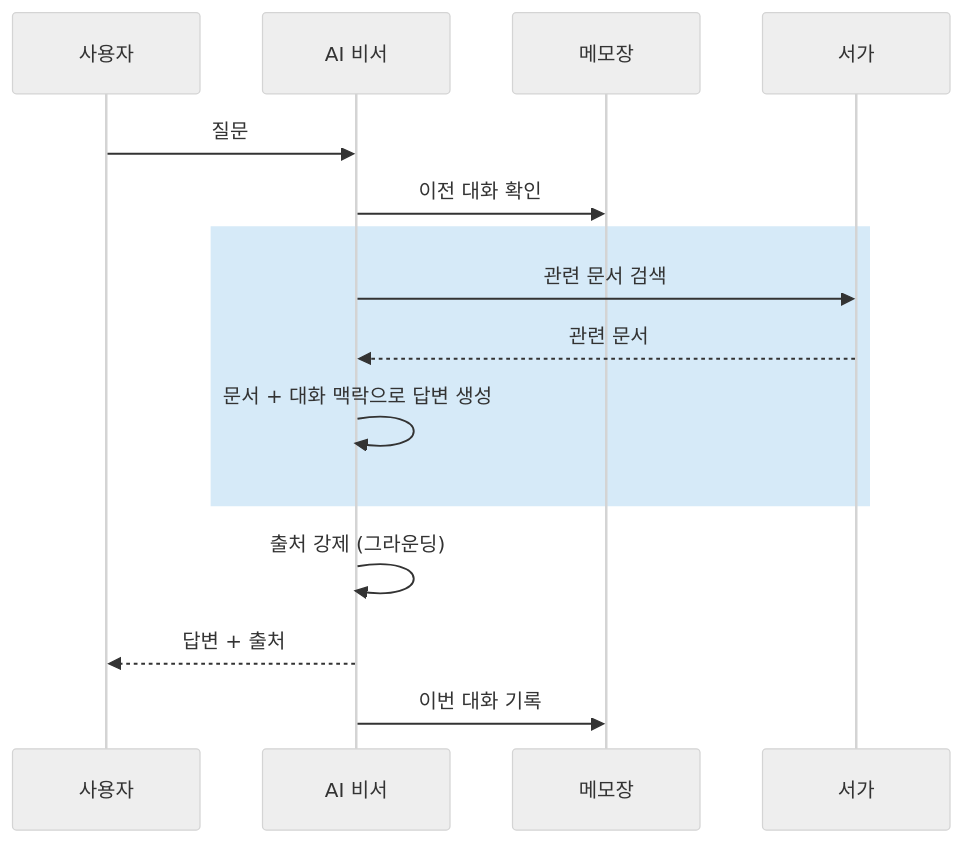
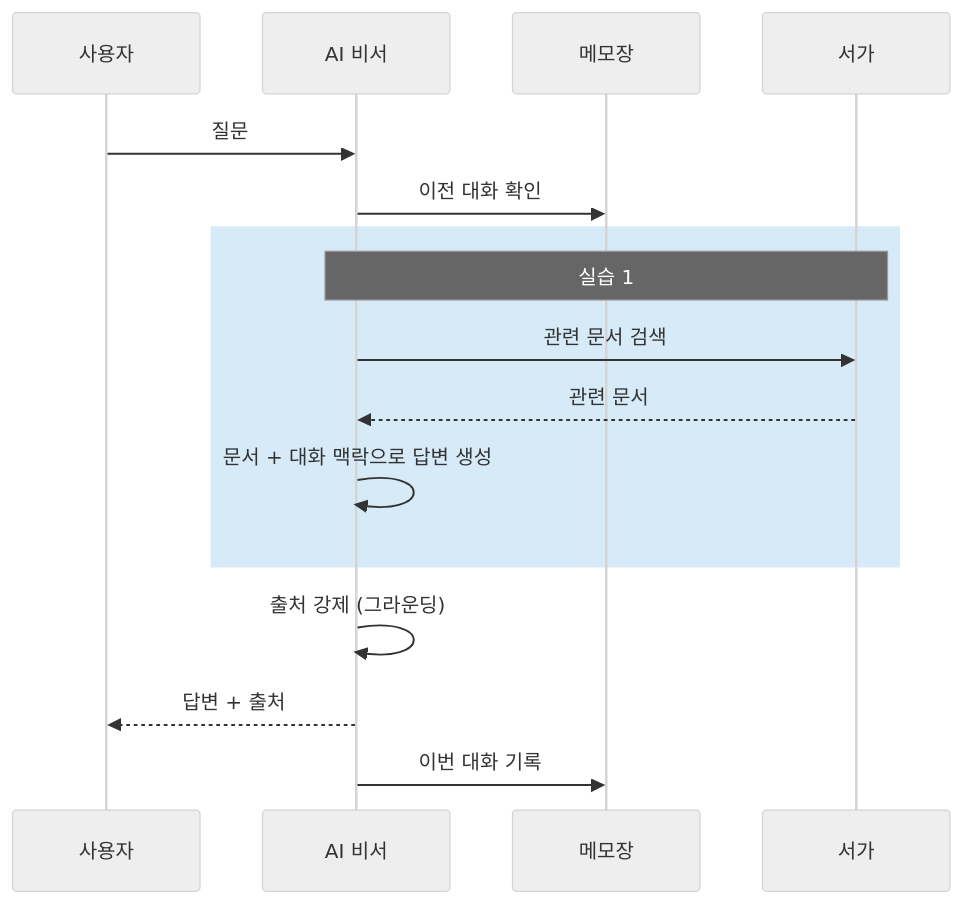
Before and after one commit to edu-openskill/lecture-book-workflow: the second of 4 diagrams in projects/사내AI비서_v2/chapters/05-드디어-답해준다.md, drawn with Mermaid (neutral theme). The commit also changed other lines of this file and 92 other files, not shown here.

````diff
--- a/projects/사내AI비서_v2/chapters/05-드디어-답해준다.md
+++ b/projects/사내AI비서_v2/chapters/05-드디어-답해준다.md
@@ -335,13 +338,14 @@
 ```mermaid
 sequenceDiagram
     사용자->>AI 비서: 질문
     AI 비서->>메모장: 이전 대화 확인
     rect rgb(214, 234, 248)
+        Note over AI 비서,서가: 실습 1
         AI 비서->>서가: 관련 문서 검색
         서가-->>AI 비서: 관련 문서
         AI 비서->>AI 비서: 문서 + 대화 맥락으로 답변 생성
     end
     AI 비서->>AI 비서: 출처 강제 (그라운딩)
     AI 비서-->>사용자: 답변 + 출처
     AI 비서->>메모장: 이번 대화 기록
 ```
````
